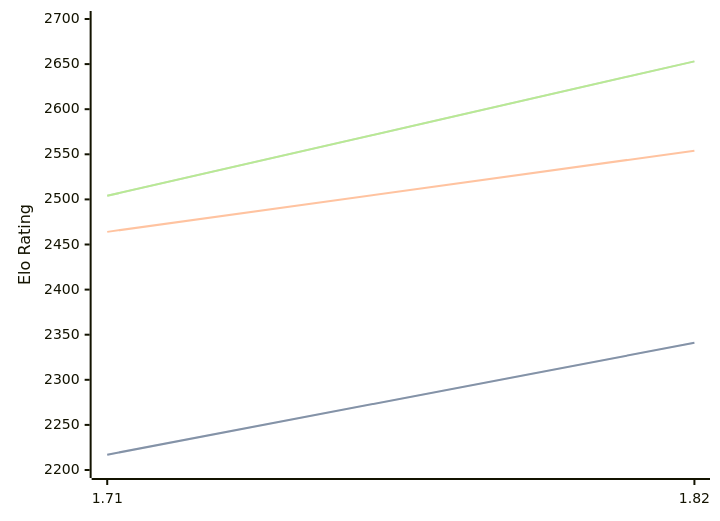
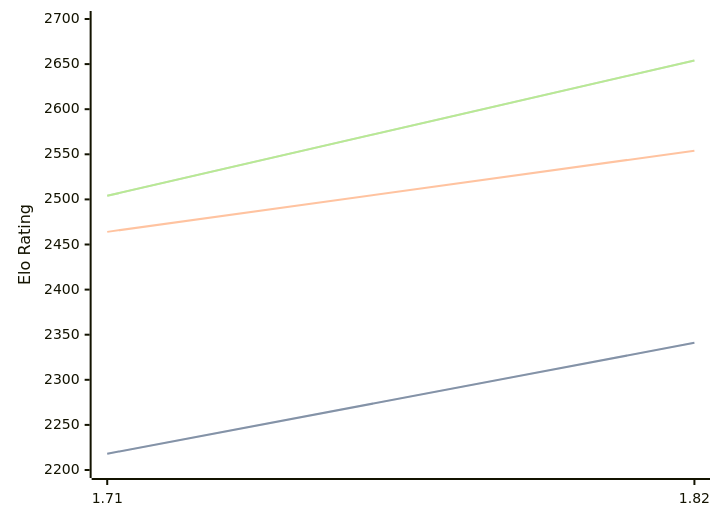
The diagram in engines/Amira.md (computer-chess-index/cci), drawn with Mermaid before and after one commit. The commit also changed other lines of this file, not shown here.

Commit message:
Update CCI Ratings (ELO VLTC) - 2026-04-12

````diff
--- a/engines/Amira.md
+++ b/engines/Amira.md
@@ -35,11 +35,11 @@
 ```mermaid
 %%{init: {"theme":"base","themeVariables":{"seriesColors:['#a3a3a3','#222221','#faa371']}}}%%
 xychart-beta
   x-axis ["1.71", "1.82"]
   y-axis "Elo Rating" 2200 --> 2700
-  line "STC (8.0+0.08s)" [2217, 2341]
-  line "STC (8.0+0.08s)" [2217, 2341]
+  line "STC (8.0+0.08s)" [2218, 2341]
+  line "STC (8.0+0.08s)" [2218, 2341]
   line "LTC (60.0+0.60s)" [2464, 2554]
-  line "VLTC (2m24s+1.12s)" [2504, 2653]
-  line "VLTC (2m24s+1.12s)" [2504, 2653]
+  line "VLTC (2m24s+1.12s)" [2504, 2654]
+  line "VLTC (2m24s+1.12s)" [2504, 2654]
 ```
````
